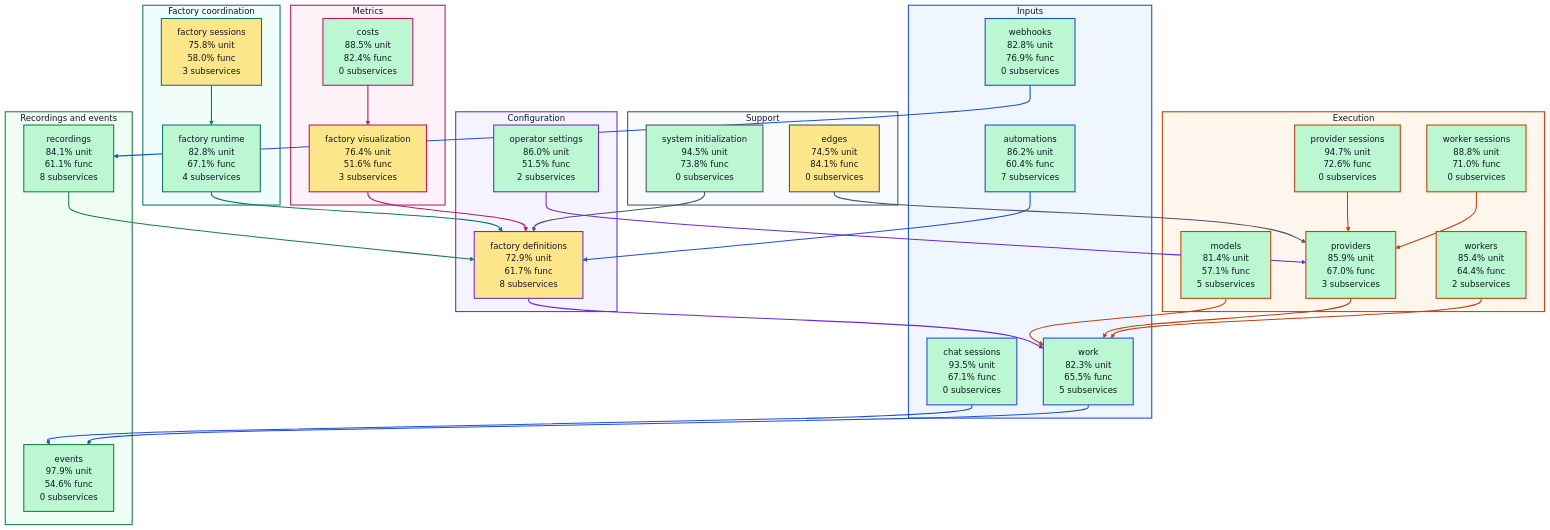
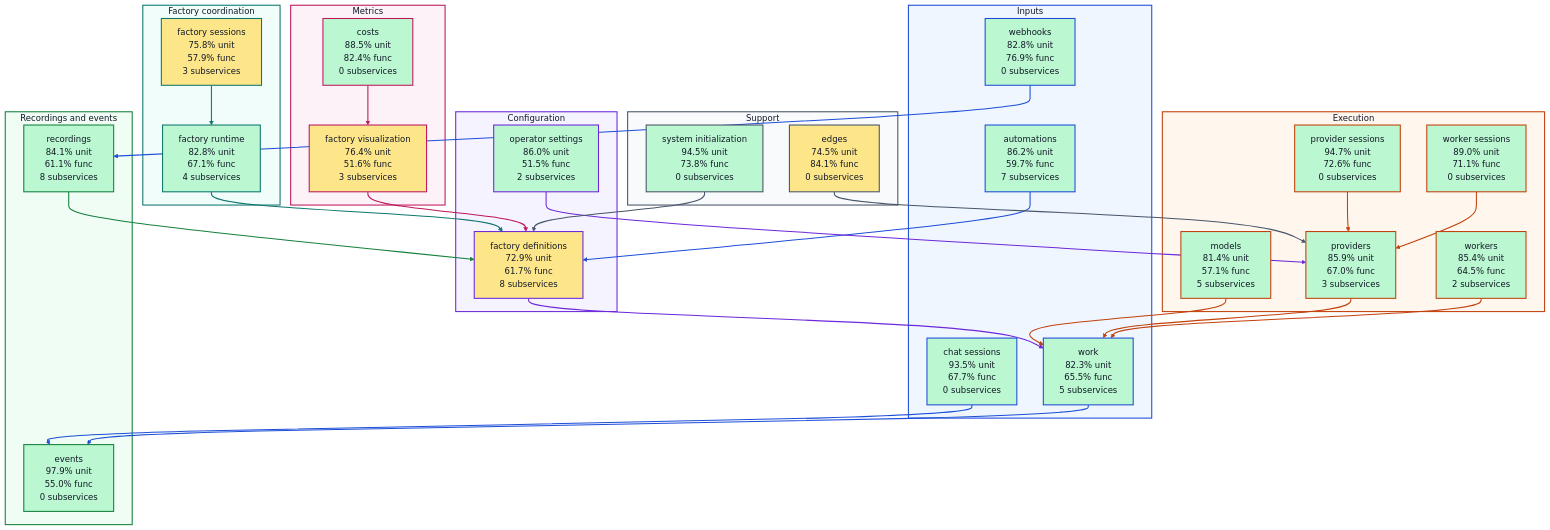
One commit to portpowered/you-agent-factory changed the diagram in docs/architecture/visualizations/high-level-test-coverage.md. Above: the diagram before and after it, drawn with Mermaid. The commit also changed other lines of this file and 20 other files, not shown here.

Commit message:
docs: refresh backend architecture visualizations

````diff
--- a/docs/architecture/visualizations/high-level-test-coverage.md
+++ b/docs/architecture/visualizations/high-level-test-coverage.md
@@ -11,8 +11,8 @@
 ```mermaid
 flowchart TB
   subgraph input["Inputs"]
-    s_services_automations["automations<br/>86.2% unit<br/>60.4% func<br/>7 subservices"]
-    s_services_chat_sessions["chat sessions<br/>93.5% unit<br/>67.1% func<br/>0 subservices"]
+    s_services_automations["automations<br/>86.2% unit<br/>59.7% func<br/>7 subservices"]
+    s_services_chat_sessions["chat sessions<br/>93.5% unit<br/>67.7% func<br/>0 subservices"]
     s_services_webhooks["webhooks<br/>82.8% unit<br/>76.9% func<br/>0 subservices"]
     s_services_work["work<br/>82.3% unit<br/>65.5% func<br/>5 subservices"]
   end
@@ -22,17 +22,17 @@
   end
   subgraph coordination["Factory coordination"]
     s_services_factory_runtime["factory runtime<br/>82.8% unit<br/>67.1% func<br/>4 subservices"]
-    s_services_factory_sessions["factory sessions<br/>75.8% unit<br/>58.0% func<br/>3 subservices"]
+    s_services_factory_sessions["factory sessions<br/>75.8% unit<br/>57.9% func<br/>3 subservices"]
   end
   subgraph execution["Execution"]
     s_services_models["models<br/>81.4% unit<br/>57.1% func<br/>5 subservices"]
     s_services_provider_sessions["provider sessions<br/>94.7% unit<br/>72.6% func<br/>0 subservices"]
     s_services_providers["providers<br/>85.9% unit<br/>67.0% func<br/>3 subservices"]
-    s_services_worker_sessions["worker sessions<br/>88.8% unit<br/>71.0% func<br/>0 subservices"]
-    s_services_workers["workers<br/>85.4% unit<br/>64.4% func<br/>2 subservices"]
+    s_services_worker_sessions["worker sessions<br/>89.0% unit<br/>71.1% func<br/>0 subservices"]
+    s_services_workers["workers<br/>85.4% unit<br/>64.5% func<br/>2 subservices"]
   end
   subgraph recordings["Recordings and events"]
-    s_services_events["events<br/>97.9% unit<br/>54.6% func<br/>0 subservices"]
+    s_services_events["events<br/>97.9% unit<br/>55.0% func<br/>0 subservices"]
     s_services_recordings["recordings<br/>84.1% unit<br/>61.1% func<br/>8 subservices"]
   end
   subgraph metrics["Metrics"]
````
